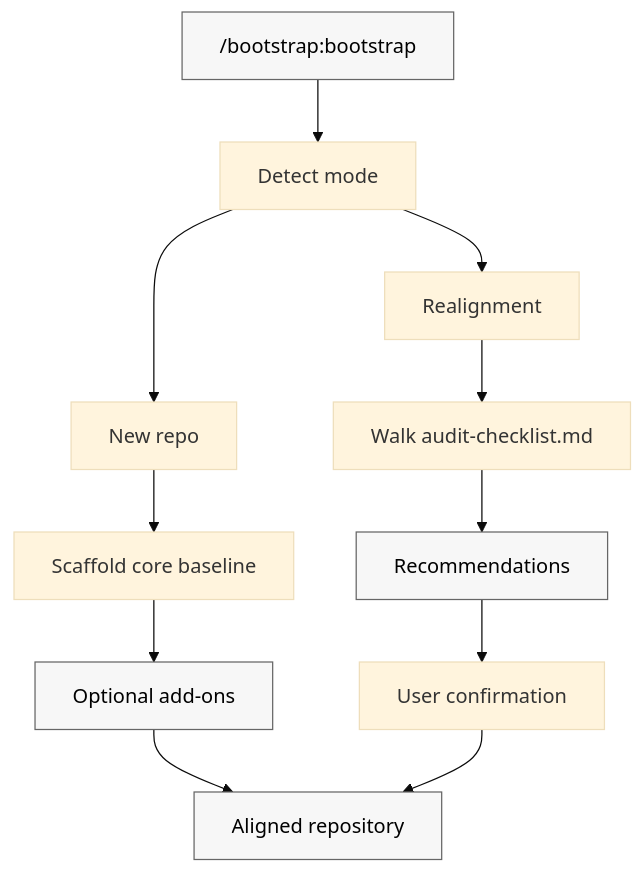
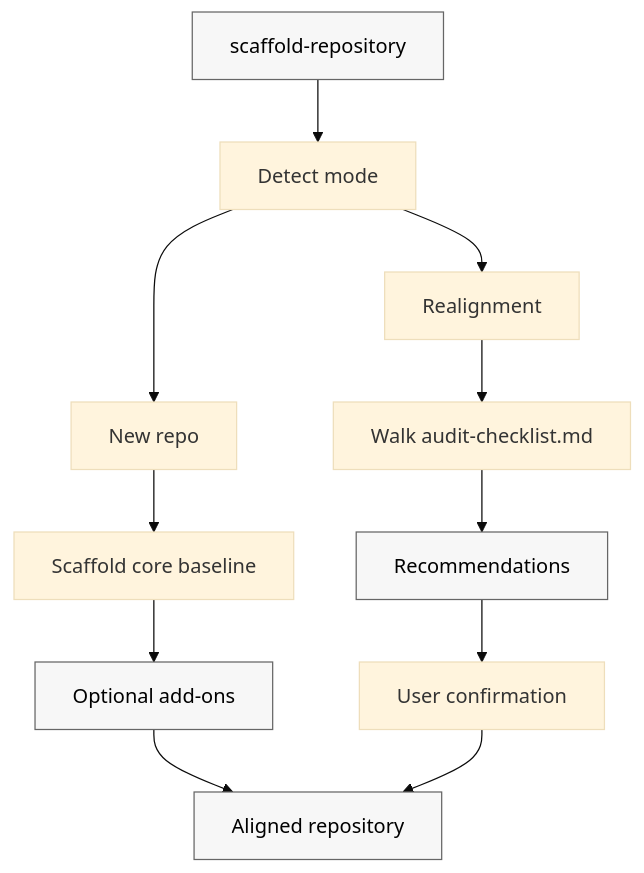
One commit to patinaproject/skills changed the diagram in skills/scaffold-repository/README.md. Above: the diagram before and after it, drawn with Mermaid (base theme). The commit also changed other lines of this file and 64 other files, not shown here.

````diff
--- a/skills/scaffold-repository/README.md
+++ b/skills/scaffold-repository/README.md
@@ -13,26 +11,26 @@
 ```mermaid
 flowchart TD
-    invoke["/bootstrap:bootstrap"]:::artifact
+    invoke["scaffold-repository"]:::artifact
     detect["Detect mode"]
     newrepo["New repo"]
     realign["Realignment"]
     scaffold["Scaffold core baseline"]
     optional["Optional add-ons"]:::artifact
     audit["Walk audit-checklist.md"]
     recommend["Recommendations"]:::artifact
     confirm["User confirmation"]
     repo["Aligned repository"]:::artifact
 
     invoke --> detect
     detect --> newrepo
     detect --> realign
     newrepo --> scaffold
     scaffold --> optional
     optional --> repo
     realign --> audit
     audit --> recommend
     recommend --> confirm
     confirm --> repo
 
     classDef artifact fill:#f7f7f7,stroke:#666,stroke-width:1px,color:#000;
 ```
````
